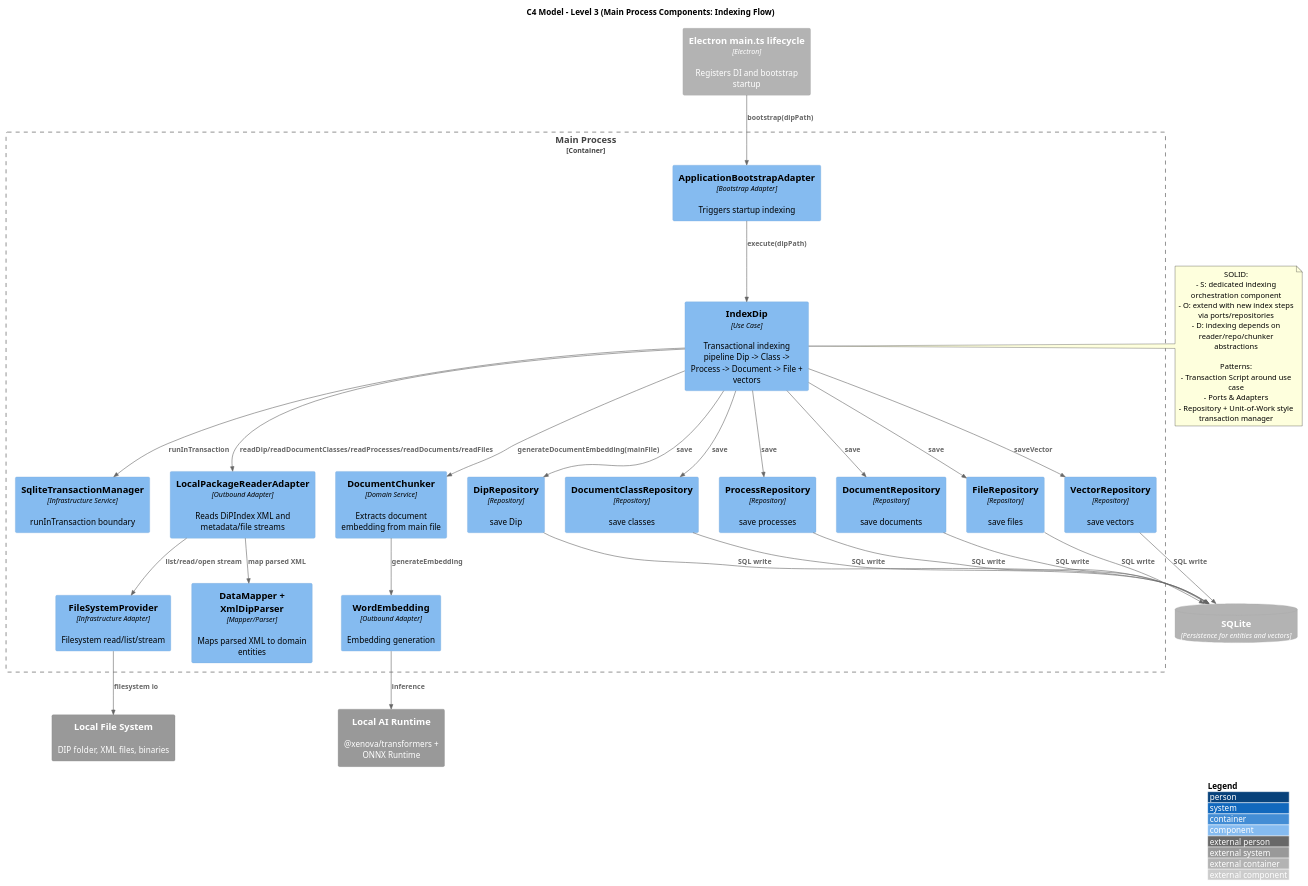
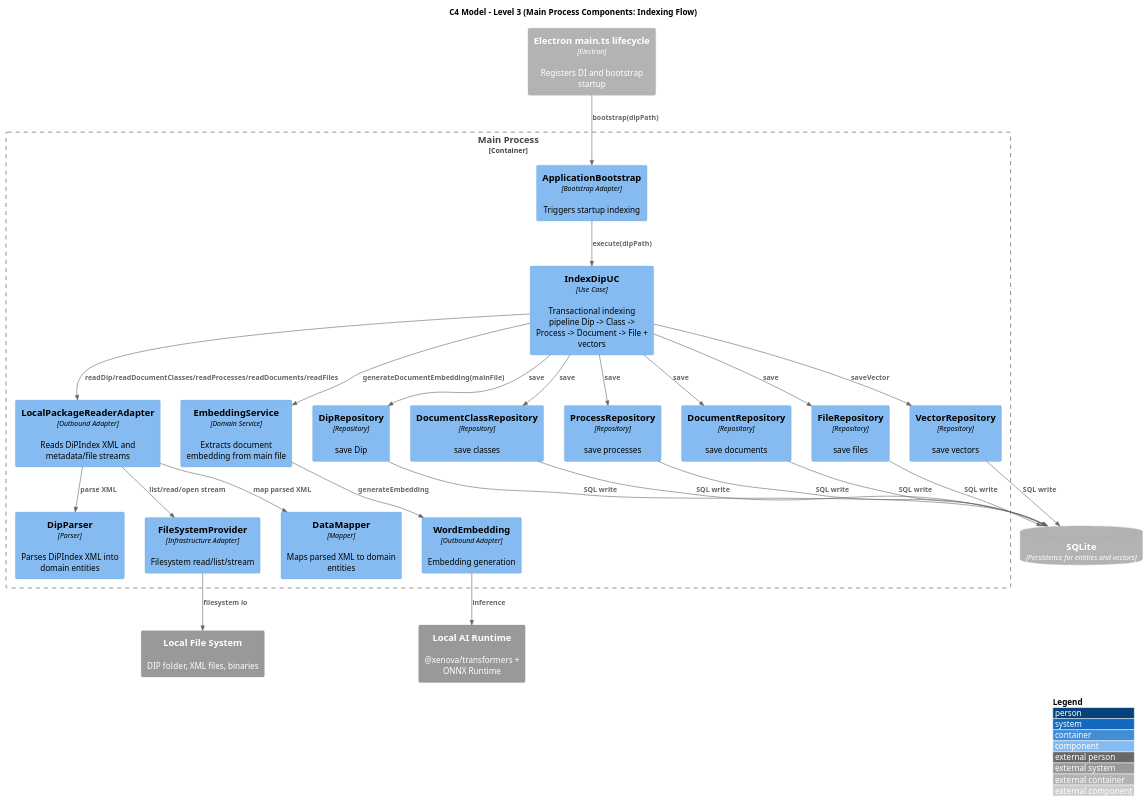
Before and after one commit to 7-ZPUs/Docs: the diagram in 3_PB/DocumentiEsterni/DiagrammiSpecificaTecnica/generated_/architecture/c1-c3/C3-main-indexing-flow.puml, drawn with PlantUML. The commit also changed 63 other files, not shown here.

Commit message:
wip: aggiunti diagrammi e descrizioni. Manca da revisionare l'ultima parte su DataMapper

```diff
--- a/3_PB/DocumentiEsterni/DiagrammiSpecificaTecnica/generated_/architecture/c1-c3/C3-main-indexing-flow.puml
+++ b/3_PB/DocumentiEsterni/DiagrammiSpecificaTecnica/generated_/architecture/c1-c3/C3-main-indexing-flow.puml
@@ -1,72 +1,60 @@
 @startuml C3_Main_Indexing_Flow
 !includeurl https://raw.githubusercontent.com/plantuml-stdlib/C4-PlantUML/master/C4_Component.puml
 
 title C4 Model - Level 3 (Main Process Components: Indexing Flow)
 
 LAYOUT_WITH_LEGEND()
 
 Container_Boundary(main_container, "Main Process") {
-  Component(app_bootstrap, "ApplicationBootstrapAdapter", "Bootstrap Adapter", "Triggers startup indexing")
-  Component(index_dip, "IndexDip", "Use Case", "Transactional indexing pipeline Dip -> Class -> Process -> Document -> File + vectors")
-  Component(tx_manager, "SqliteTransactionManager", "Infrastructure Service", "runInTransaction boundary")
+  Component(app_bootstrap, "ApplicationBootstrap", "Bootstrap Adapter", "Triggers startup indexing")
+  Component(index_dip, "IndexDipUC", "Use Case", "Transactional indexing pipeline Dip -> Class -> Process -> Document -> File + vectors")
 
   Component(package_reader, "LocalPackageReaderAdapter", "Outbound Adapter", "Reads DiPIndex XML and metadata/file streams")
-  Component(data_mapper, "DataMapper + XmlDipParser", "Mapper/Parser", "Maps parsed XML to domain entities")
+  Component(data_mapper, "DataMapper", "Mapper", "Maps parsed XML to domain entities")
+  Component(dip_parser, "DipParser", "Parser", "Parses DiPIndex XML into domain entities")
   Component(file_system_provider, "FileSystemProvider", "Infrastructure Adapter", "Filesystem read/list/stream")
 
   Component(dip_repo, "DipRepository", "Repository", "save Dip")
   Component(class_repo, "DocumentClassRepository", "Repository", "save classes")
   Component(process_repo, "ProcessRepository", "Repository", "save processes")
   Component(doc_repo, "DocumentRepository", "Repository", "save documents")
   Component(file_repo, "FileRepository", "Repository", "save files")
   Component(vector_repo, "VectorRepository", "Repository", "save vectors")
 
-  Component(chunker, "DocumentChunker", "Domain Service", "Extracts document embedding from main file")
+  Component(chunker, "EmbeddingService", "Domain Service", "Extracts document embedding from main file")
   Component(word_embedding, "WordEmbedding", "Outbound Adapter", "Embedding generation")
 }
 
 Container_Ext(main_lifecycle, "Electron main.ts lifecycle", "Electron", "Registers DI and bootstrap startup")
 System_Ext(local_fs, "Local File System", "DIP folder, XML files, binaries")
 ContainerDb_Ext(sqlite, "SQLite", "Persistence for entities and vectors")
 System_Ext(ai_runtime, "Local AI Runtime", "@xenova/transformers + ONNX Runtime")
 
 Rel(main_lifecycle, app_bootstrap, "bootstrap(dipPath)")
 Rel(app_bootstrap, index_dip, "execute(dipPath)")
-Rel(index_dip, tx_manager, "runInTransaction")
 
 Rel(index_dip, package_reader, "readDip/readDocumentClasses/readProcesses/readDocuments/readFiles")
 Rel(package_reader, data_mapper, "map parsed XML")
+Rel(package_reader, dip_parser, "parse XML")
 Rel(package_reader, file_system_provider, "list/read/open stream")
 Rel(file_system_provider, local_fs, "filesystem io")
 
 Rel(index_dip, dip_repo, "save")
 Rel(index_dip, class_repo, "save")
 Rel(index_dip, process_repo, "save")
 Rel(index_dip, doc_repo, "save")
 Rel(index_dip, file_repo, "save")
 
 Rel(index_dip, chunker, "generateDocumentEmbedding(mainFile)")
 Rel(chunker, word_embedding, "generateEmbedding")
 Rel(word_embedding, ai_runtime, "inference")
 Rel(index_dip, vector_repo, "saveVector")
 
 Rel(dip_repo, sqlite, "SQL write")
 Rel(class_repo, sqlite, "SQL write")
 Rel(process_repo, sqlite, "SQL write")
 Rel(doc_repo, sqlite, "SQL write")
 Rel(file_repo, sqlite, "SQL write")
 Rel(vector_repo, sqlite, "SQL write")
 
-note right of index_dip
-SOLID:
-- S: dedicated indexing orchestration component
-- O: extend with new index steps via ports/repositories
-- D: indexing depends on reader/repo/chunker abstractions
-
-Patterns:
-- Transaction Script around use case
-- Ports & Adapters
-- Repository + Unit-of-Work style transaction manager
-end note
-
 @enduml
```
